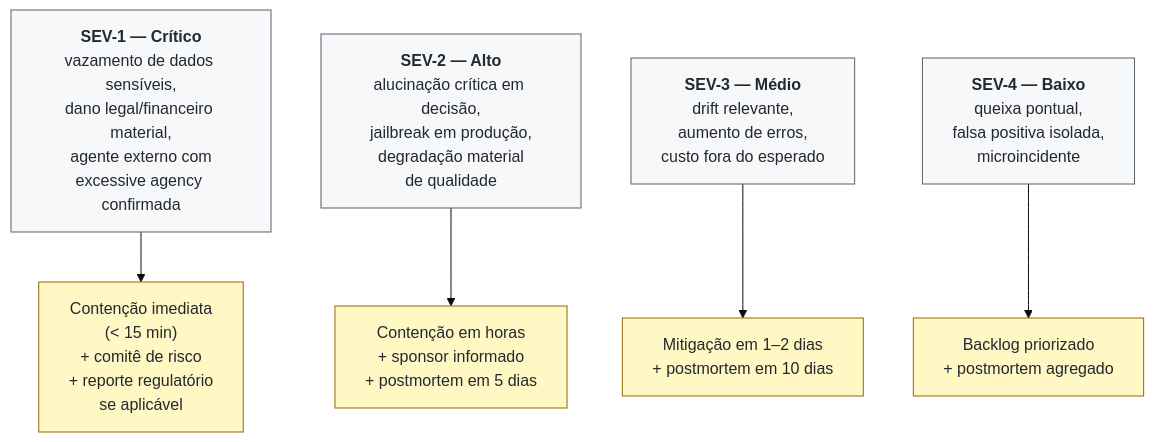
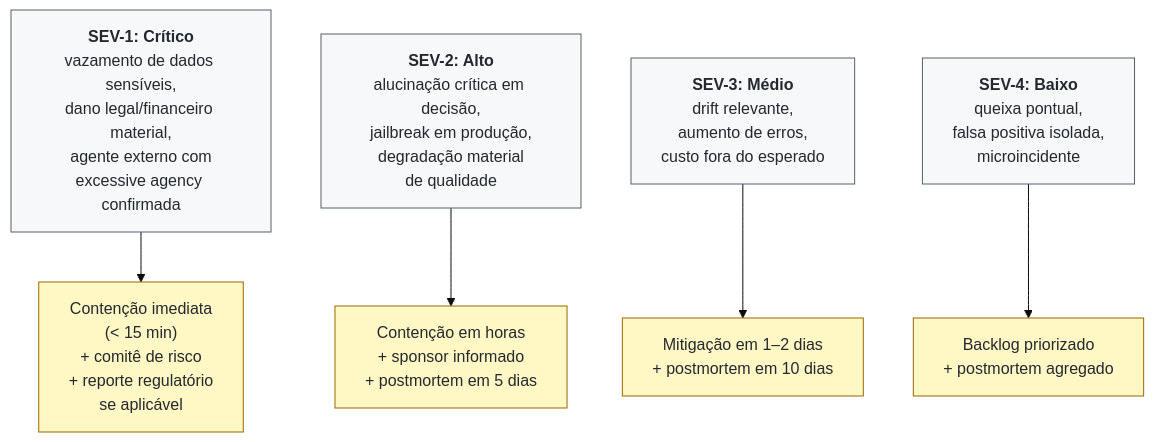
One commit to EdneiMonteiro/ai-coe-playbook changed the second of 3 diagrams in diagramas/07-fluxo-incidente.md. Above: the diagram before and after it, drawn with Mermaid (base theme). The commit also changed other lines of this file and 27 other files, not shown here.

````diff
--- a/diagramas/07-fluxo-incidente.md
+++ b/diagramas/07-fluxo-incidente.md
@@ -103,20 +103,20 @@
 ```mermaid
 flowchart TB
     classDef sev fill:#f6f8fa,stroke:#57606a,color:#24292f
     classDef sla fill:#fff8c5,stroke:#9a6700,color:#24292f
 
-    SEV1["<b>SEV-1 — Crítico</b><br/>vazamento de dados sensíveis,<br/>dano legal/financeiro material,<br/>agente externo com<br/>excessive agency confirmada"]:::sev
-    SEV2["<b>SEV-2 — Alto</b><br/>alucinação crítica em decisão,<br/>jailbreak em produção,<br/>degradação material<br/>de qualidade"]:::sev
-    SEV3["<b>SEV-3 — Médio</b><br/>drift relevante,<br/>aumento de erros,<br/>custo fora do esperado"]:::sev
-    SEV4["<b>SEV-4 — Baixo</b><br/>queixa pontual,<br/>falsa positiva isolada,<br/>microincidente"]:::sev
+    SEV1["<b>SEV-1: Crítico</b><br/>vazamento de dados sensíveis,<br/>dano legal/financeiro material,<br/>agente externo com<br/>excessive agency confirmada"]:::sev
+    SEV2["<b>SEV-2: Alto</b><br/>alucinação crítica em decisão,<br/>jailbreak em produção,<br/>degradação material<br/>de qualidade"]:::sev
+    SEV3["<b>SEV-3: Médio</b><br/>drift relevante,<br/>aumento de erros,<br/>custo fora do esperado"]:::sev
+    SEV4["<b>SEV-4: Baixo</b><br/>queixa pontual,<br/>falsa positiva isolada,<br/>microincidente"]:::sev
 
     SLA1["Contenção imediata<br/>(< 15 min)<br/>+ comitê de risco<br/>+ reporte regulatório<br/>se aplicável"]:::sla
     SLA2["Contenção em horas<br/>+ sponsor informado<br/>+ postmortem em 5 dias"]:::sla
     SLA3["Mitigação em 1–2 dias<br/>+ postmortem em 10 dias"]:::sla
     SLA4["Backlog priorizado<br/>+ postmortem agregado"]:::sla
 
     SEV1 --> SLA1
     SEV2 --> SLA2
     SEV3 --> SLA3
     SEV4 --> SLA4
 ```
````
